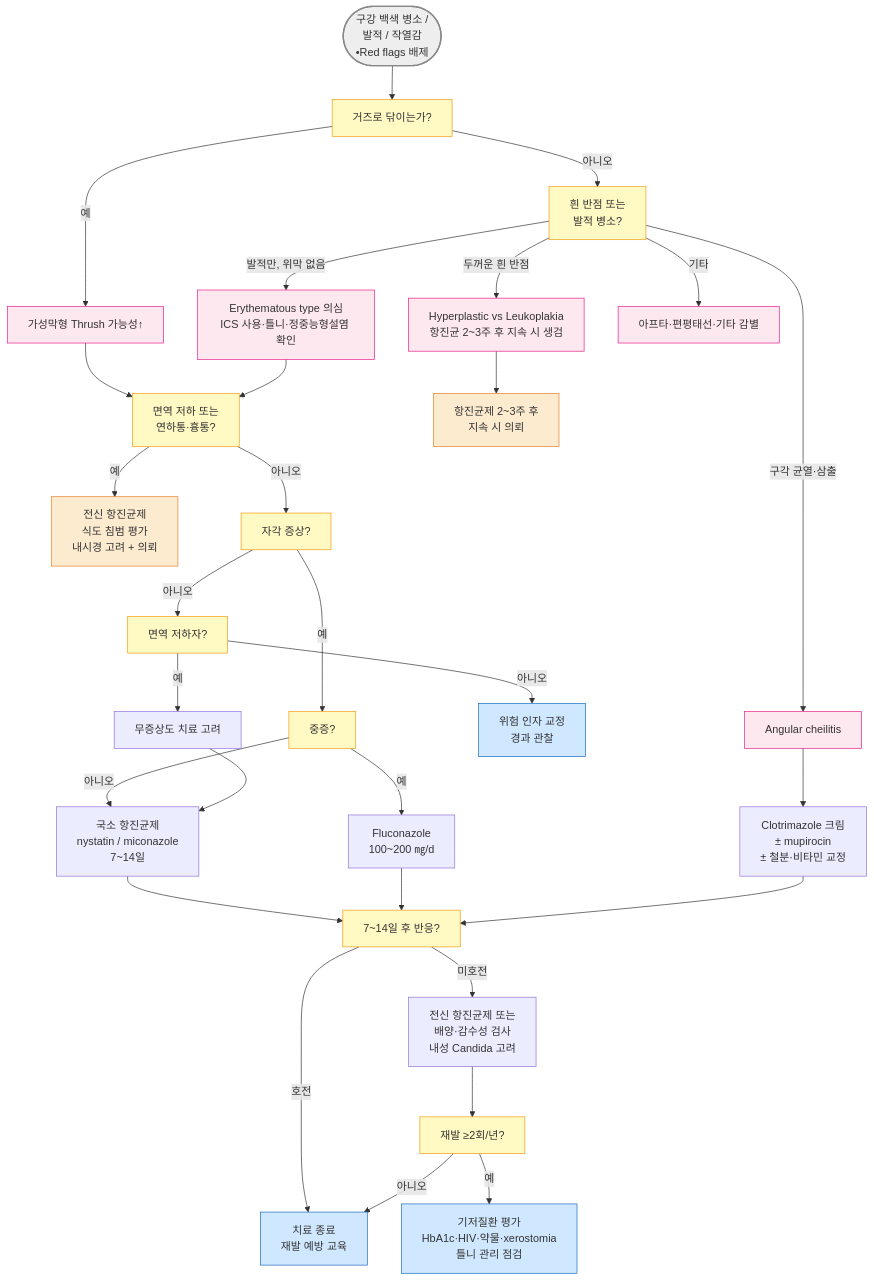
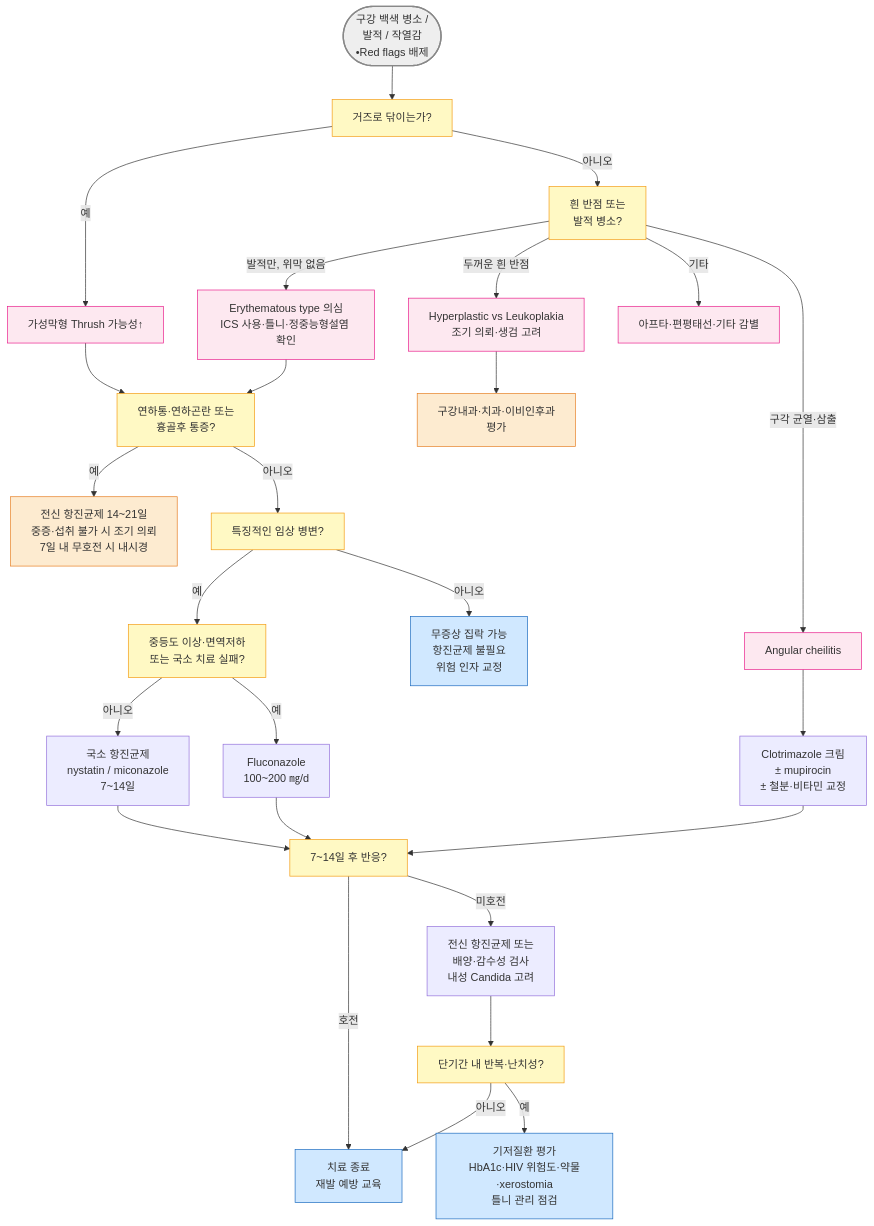
Before and after one commit to familyoh77/familyoh77: the diagram in 222_/055_-oral-candidiasis.md, drawn with Mermaid. The commit also changed other lines of this file and 1 other file, not shown here.

````diff
--- a/222_/055_-oral-candidiasis.md
+++ b/222_/055_-oral-candidiasis.md
@@ -105,41 +106,38 @@
 ```mermaid
 flowchart TD
     A([구강 백색 병소 / <br/>발적 / 작열감<br/>•Red flags 배제]) --> B[거즈로 닦이는가?]
     B -- 예 --> C[가성막형 Thrush 가능성↑]
     B -- 아니오 --> D[흰 반점 또는<br/>발적 병소?]
-    D -- 두꺼운 흰 반점 --> E[Hyperplastic vs Leukoplakia<br/>항진균 2~3주 후 지속 시 생검]
+    D -- 두꺼운 흰 반점 --> E[Hyperplastic vs Leukoplakia<br/>조기 의뢰·생검 고려]
     D -- 발적만, 위막 없음 --> H[Erythematous type 의심<br/>ICS 사용·틀니·정중능형설염 확인]
     D -- 구각 균열·삼출 --> G[Angular cheilitis]
     D -- 기타 --> Z[아프타·편평태선·기타 감별]
-    C --> I[면역 저하 또는<br/>연하통·흉통?]
+    C --> I[연하통·연하곤란 또는<br/>흉골후 통증?]
     H --> I
-    I -- 예 --> J[전신 항진균제<br/>식도 침범 평가<br/>내시경 고려 + 의뢰]
-    I -- 아니오 --> K[자각 증상?]
-    K -- 아니오 --> L[면역 저하자?]
-    L -- 예 --> M[무증상도 치료 고려]
-    L -- 아니오 --> N[위험 인자 교정<br/>경과 관찰]
-    K -- 예 --> O[중증?]
+    I -- 예 --> J[전신 항진균제 14~21일<br/>중증·섭취 불가 시 조기 의뢰<br/>7일 내 무호전 시 내시경]
+    I -- 아니오 --> K[특징적인 임상 병변?]
+    K -- 아니오 --> N[무증상 집락 가능<br/>항진균제 불필요<br/>위험 인자 교정]
+    K -- 예 --> O[중등도 이상·면역저하<br/>또는 국소 치료 실패?]
     O -- 아니오 --> P[국소 항진균제<br/>nystatin / miconazole<br/>7~14일]
     O -- 예 --> Q[Fluconazole<br/>100~200 ㎎/d]
-    M --> P
     P --> R[7~14일 후 반응?]
     Q --> R
     R -- 호전 --> S[치료 종료<br/>재발 예방 교육]
     R -- 미호전 --> T[전신 항진균제 또는<br/>배양·감수성 검사<br/>내성 Candida 고려]
-    T --> U[재발 ≥2회/년?]
-    U -- 예 --> V[기저질환 평가<br/>HbA1c·HIV·약물·xerostomia<br/>틀니 관리 점검]
+    T --> U[단기간 내 반복·난치성?]
+    U -- 예 --> V[기저질환 평가<br/>HbA1c·HIV 위험도·약물·xerostomia<br/>틀니 관리 점검]
     U -- 아니오 --> S
     G --> W[Clotrimazole 크림<br/>± mupirocin<br/>± 철분·비타민 교정]
     W --> R
-    E --> X[항진균제 2~3주 후<br/>지속 시 의뢰]
+    E --> X[구강내과·치과·이비인후과<br/>평가]
 
 style A fill:#eeeeee,stroke:#888888,stroke-width:2px
 classDef orange fill:#fdebd0,stroke:#e67e22
 class J,X orange
 classDef yellow fill:#fff9c4,stroke:#f39c12
-class B,D,I,K,L,O,R,U yellow
+class B,D,I,K,O,R,U yellow
 classDef blue fill:#d0e8ff,stroke:#1a6abf
 class N,S,V blue
 classDef pink fill:#fde8f0,stroke:#e91e8c
 class G,H,Z,C,E pink
 ```
````
